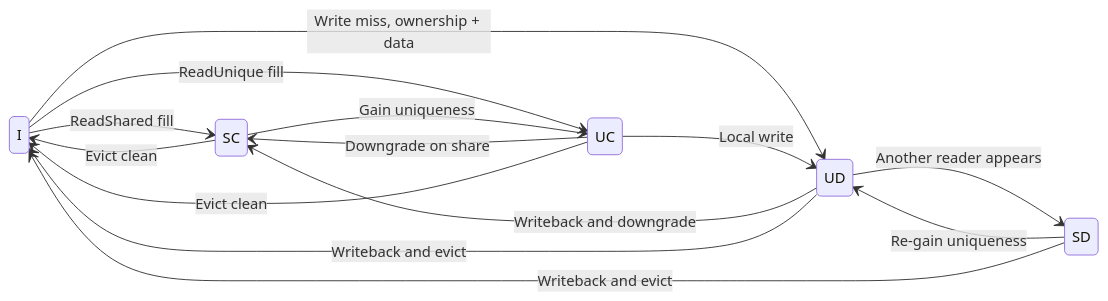
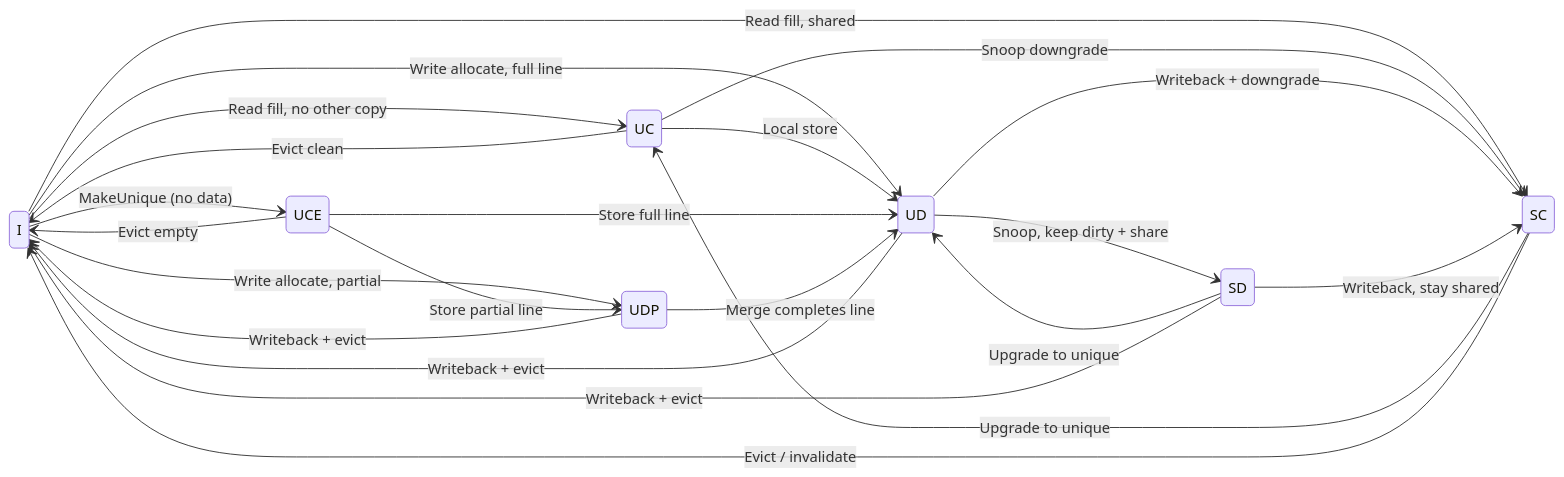
One commit to ripopov/gem5 changed the first of 15 diagrams in ruby-book/slides/CHI_Protocol_Deck.md. Above: the diagram before and after it, drawn with Mermaid. The commit also changed other lines of this file and 2 other files, not shown here.

````diff
--- a/ruby-book/slides/CHI_Protocol_Deck.md
+++ b/ruby-book/slides/CHI_Protocol_Deck.md
@@ -1108,22 +1108,32 @@
 ```mermaid
 stateDiagram-v2
     direction LR
 
-    I --> SC: ReadShared fill
-    I --> UC: ReadUnique fill
-    I --> UD: Write miss, ownership + data
+    I --> UC: Read fill, no other copy
+    I --> SC: Read fill, shared
+    I --> UCE: MakeUnique (no data)
+    I --> UD: Write allocate, full line
+    I --> UDP: Write allocate, partial
 
-    SC --> UC: Gain uniqueness
-    SC --> I: Evict clean
+    SC --> UC: Upgrade to unique
+    SC --> I: Evict / invalidate
 
-    UC --> UD: Local write
-    UC --> SC: Downgrade on share
+    UC --> UD: Local store
+    UC --> SC: Snoop downgrade
     UC --> I: Evict clean
 
-    UD --> SD: Another reader appears
-    UD --> SC: Writeback and downgrade
-    UD --> I: Writeback and evict
+    UCE --> UD: Store full line
+    UCE --> UDP: Store partial line
+    UCE --> I: Evict empty
 
-    SD --> UD: Re-gain uniqueness
-    SD --> I: Writeback and evict
+    UD --> SD: Snoop, keep dirty + share
+    UD --> SC: Writeback + downgrade
+    UD --> I: Writeback + evict
+
+    UDP --> UD: Merge completes line
+    UDP --> I: Writeback + evict
+
+    SD --> UD: Upgrade to unique
+    SD --> SC: Writeback, stay shared
+    SD --> I: Writeback + evict
 ```
````
